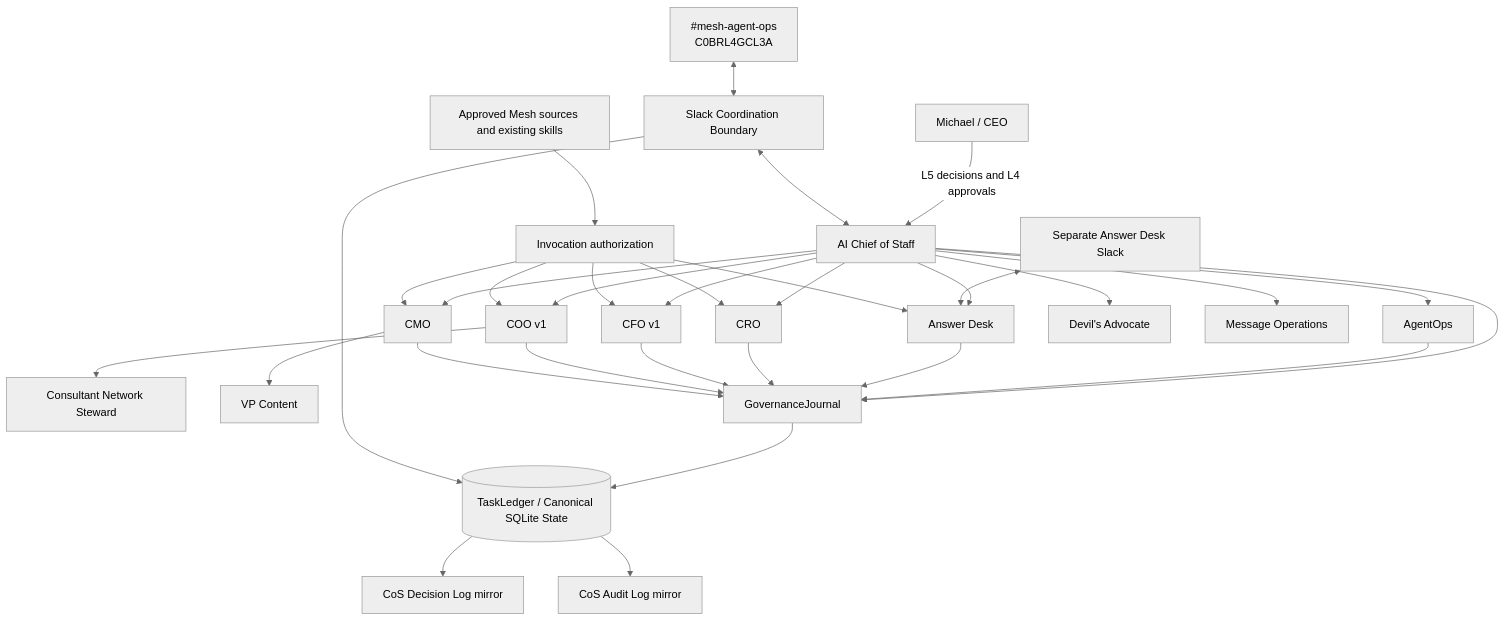
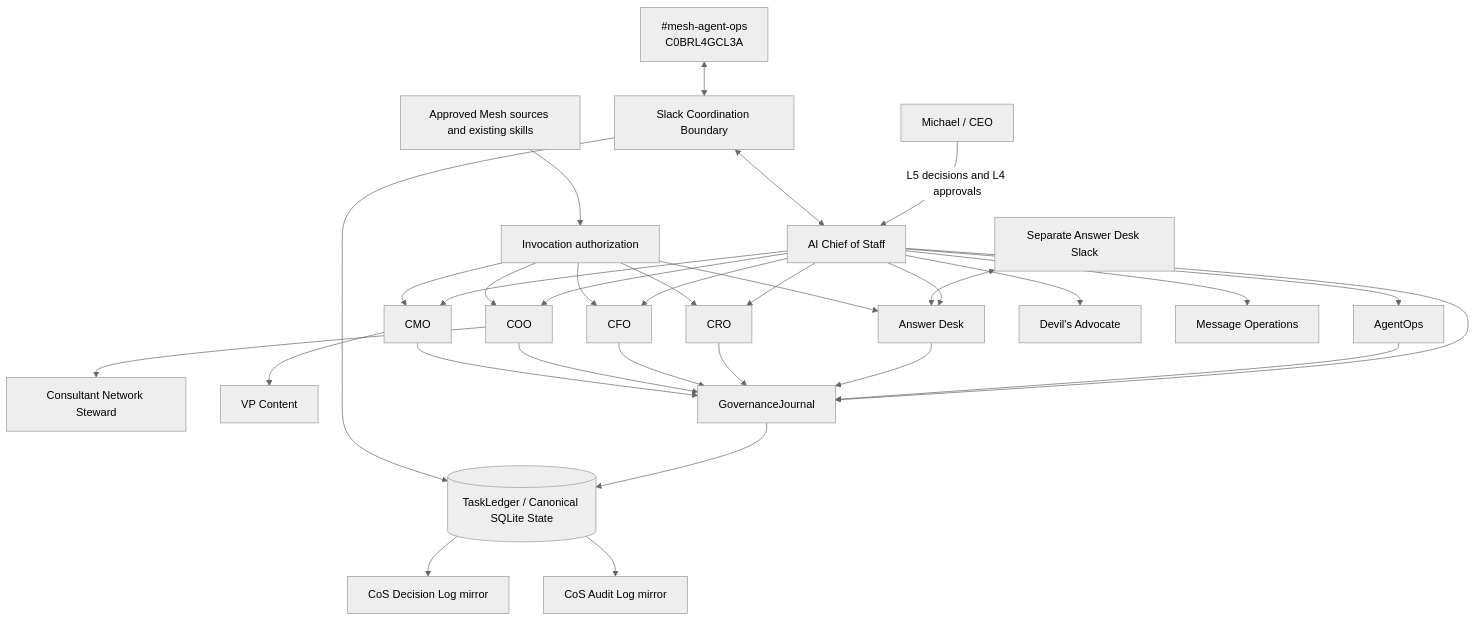
Before and after one commit to mkleinbe/mesh-ai-agent-cos-universe: the first of 2 diagrams in README.md, drawn with Mermaid (neutral theme). The commit also changed other lines of this file, not shown here.

````diff
--- a/README.md
+++ b/README.md
@@ -19,38 +19,38 @@
 ```mermaid
 flowchart TB
     CEO[Michael / CEO] -->|L5 decisions and L4 approvals| COS[AI Chief of Staff]
     COS --> AO[AgentOps]
     COS --> AD[Answer Desk]
     COS --> CRO[CRO]
-    COS --> CFO[CFO v1]
-    COS --> COO[COO v1]
+    COS --> CFO[CFO]
+    COS --> COO[COO]
     COS --> CMO[CMO]
     COS --> DA[Devil's Advocate]
     COS --> MO[Message Operations]
     COO --> CNS[Consultant Network Steward]
     CMO --> VPC[VP Content]
 
     COS --> GOV[GovernanceJournal]
     AO --> GOV
     AD --> GOV
     CRO --> GOV
     CFO --> GOV
     COO --> GOV
     CMO --> GOV
     GOV --> LEDGER[(TaskLedger / Canonical SQLite State)]
 
     LEDGER --> DLOG[CoS Decision Log mirror]
     LEDGER --> ALOG[CoS Audit Log mirror]
 
     SLACK[#mesh-agent-ops\nC0BRL4GCL3A] <--> SC[Slack Coordination Boundary]
     SC <--> COS
     SC --> LEDGER
     ADS[Separate Answer Desk Slack] <--> AD
 
     SRC[Approved Mesh sources and existing skills] --> AUTH[Invocation authorization]
     AUTH --> CRO
     AUTH --> CFO
     AUTH --> COO
     AUTH --> CMO
     AUTH --> AD
 ```
````
